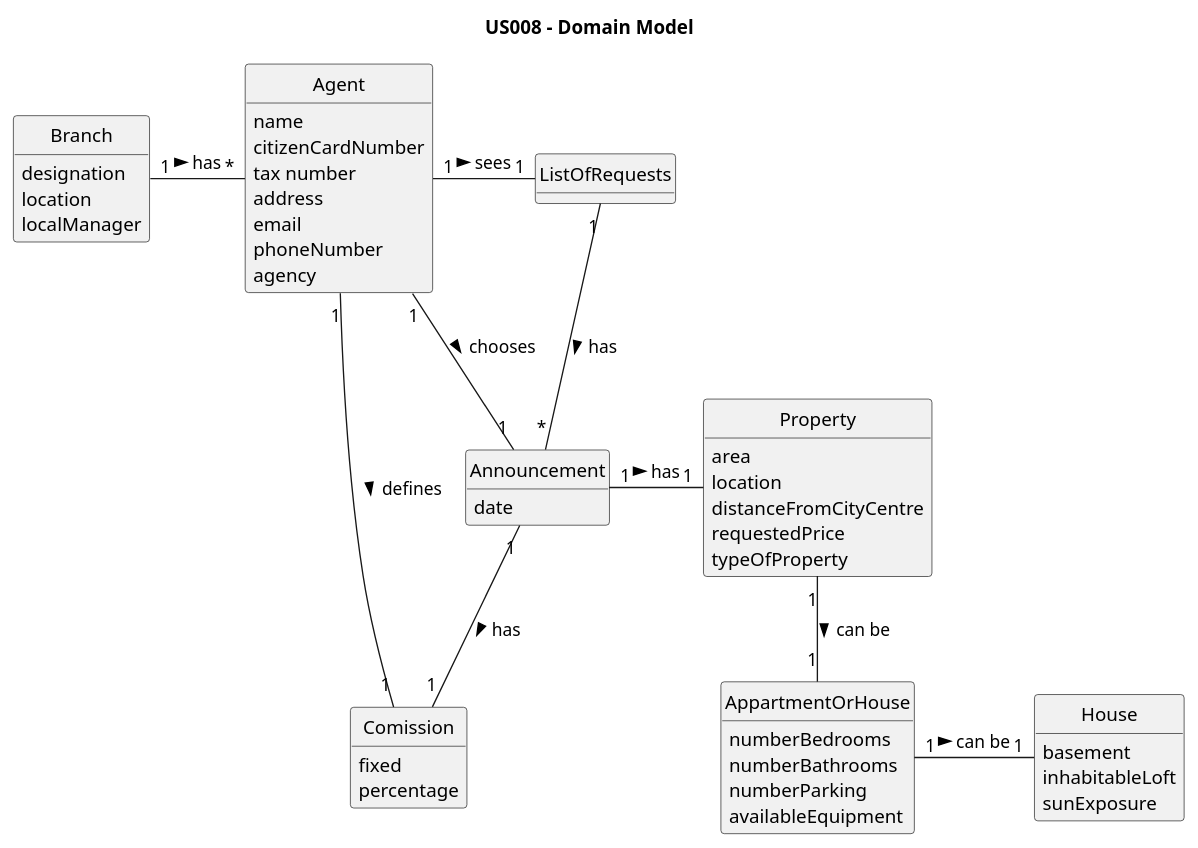
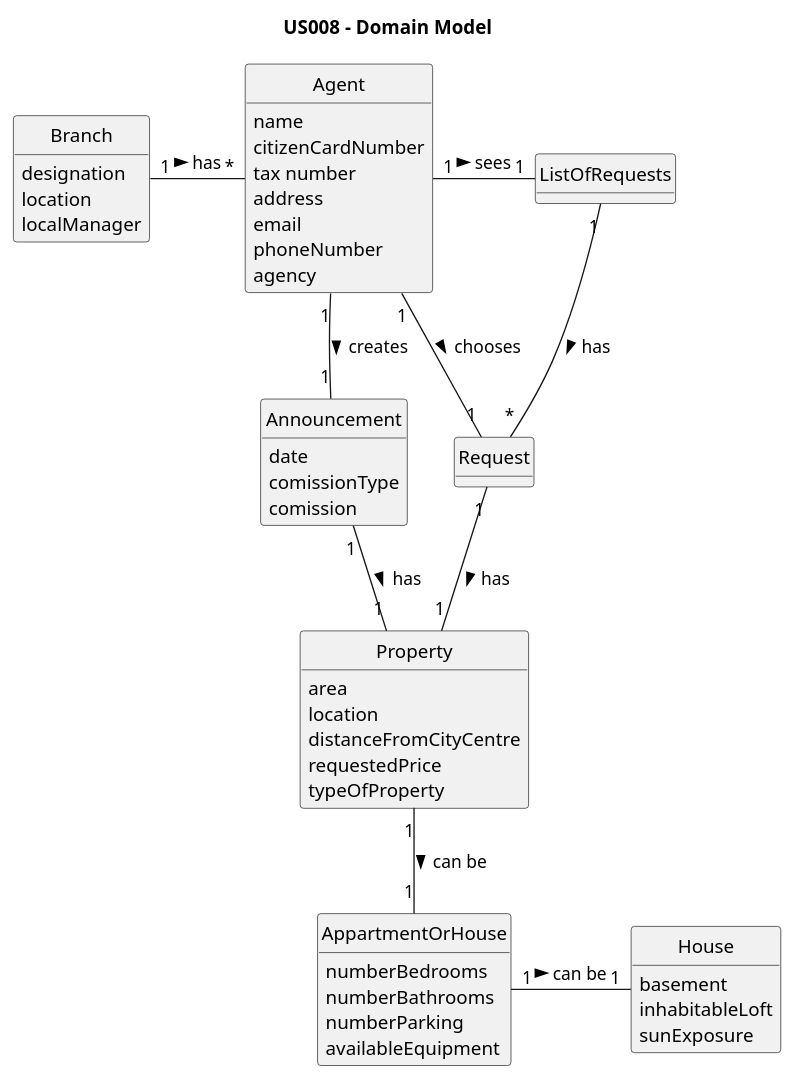
Before and after one commit to 1220812/LAPR2: the diagram in docs/sprintC/us008/02.analysis/puml/us008-domain-model.puml, drawn with PlantUML. The commit also changed 1 other file, not shown here.

```diff
--- a/docs/sprintC/us008/02.analysis/puml/us008-domain-model.puml
+++ b/docs/sprintC/us008/02.analysis/puml/us008-domain-model.puml
@@ -1,70 +1,69 @@
 @startuml
 skinparam monochrome true
 skinparam packageStyle rectangle
 skinparam shadowing false
 
 skinparam classAttributeIconSize 0
 
 hide circle
 hide methods
 
 title US008 - Domain Model
 
 class Branch {
     designation
     location
     localManager
 }
 
 class Agent {
     name
     citizenCardNumber
     tax number
     address
     email
     phoneNumber
     agency
 }
 
 class Property {
     area
     location
     distanceFromCityCentre
     requestedPrice
     typeOfProperty
 }
 
 class Announcement {
     date
+    comissionType
+    comission
 }
 
 class AppartmentOrHouse {
     numberBedrooms
     numberBathrooms
     numberParking
     availableEquipment
 }
 
 class House {
     basement
     inhabitableLoft
     sunExposure
 }
 
-class Comission {
-    fixed
-    percentage
-}
+class Request
 
 Branch "1" - "*" Agent : has >
 Agent "1" - "1" ListOfRequests : sees >
-ListOfRequests "1" -- "*" Announcement : has >
-Announcement "1" - "1" Property : has >
-Agent "1" -- "1" Announcement : chooses >
+ListOfRequests "1" -- "*" Request : has >
+Announcement "1" -- "1" Property : has >
+Agent "1" -- "1" Request : chooses >
 Property "1" -- "1" AppartmentOrHouse : can be >
 AppartmentOrHouse "1" - "1" House : can be >
-Announcement "1" -- "1" Comission : has >
-Agent "1" - "1" Comission : defines >
+Request "1" -- "1" Property : has >
+Agent "1" -- "1" Announcement : creates >
 
 
 @enduml
```
